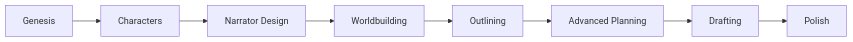
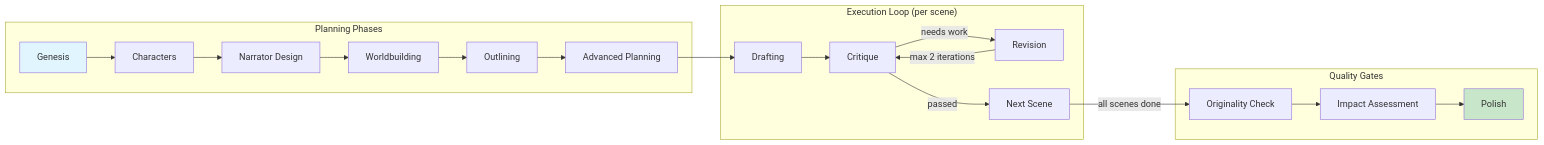
One commit to IShalkin/manoe changed the ninth of 9 diagrams in README.md. Above: the diagram before and after it, drawn with Mermaid. The commit also changed other lines of this file, not shown here.

First line of the commit message:
docs: Add comprehensive architecture visualization with Mermaid diagrams (#45)

````diff
--- a/README.md
+++ b/README.md
@@ -72,10 +454,28 @@
 ```mermaid
 flowchart LR
-    G[Genesis] --> C[Characters]
-    C --> N[Narrator Design]
-    N --> W[Worldbuilding]
-    W --> O[Outlining]
-    O --> AP[Advanced Planning]
-    AP --> D[Drafting]
-    D --> P[Polish]
+    subgraph Planning["Planning Phases"]
+        G[Genesis] --> C[Characters]
+        C --> N[Narrator Design]
+        N --> W[Worldbuilding]
+        W --> O[Outlining]
+        O --> AP[Advanced Planning]
+    end
+    
+    subgraph Execution["Execution Loop (per scene)"]
+        D[Drafting] --> CR[Critique]
+        CR -->|"needs work"| R[Revision]
+        R -->|"max 2 iterations"| CR
+        CR -->|"passed"| D2[Next Scene]
+    end
+    
+    subgraph Quality["Quality Gates"]
+        OC[Originality Check] --> IA[Impact Assessment]
+        IA --> P[Polish]
+    end
+    
+    AP --> D
+    D2 -->|"all scenes done"| OC
+    
+    style G fill:#e1f5fe
+    style P fill:#c8e6c9
 ```
````
